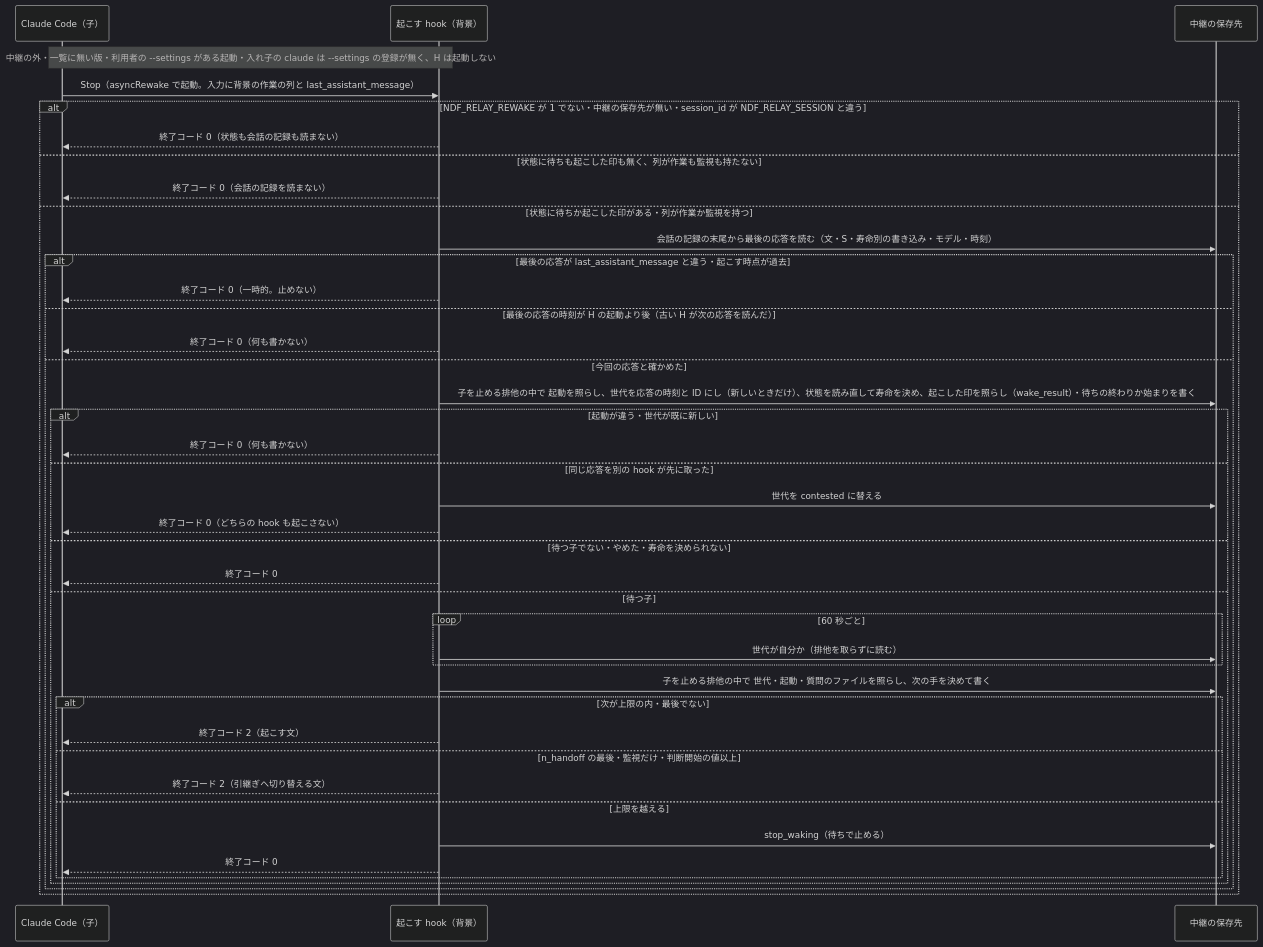
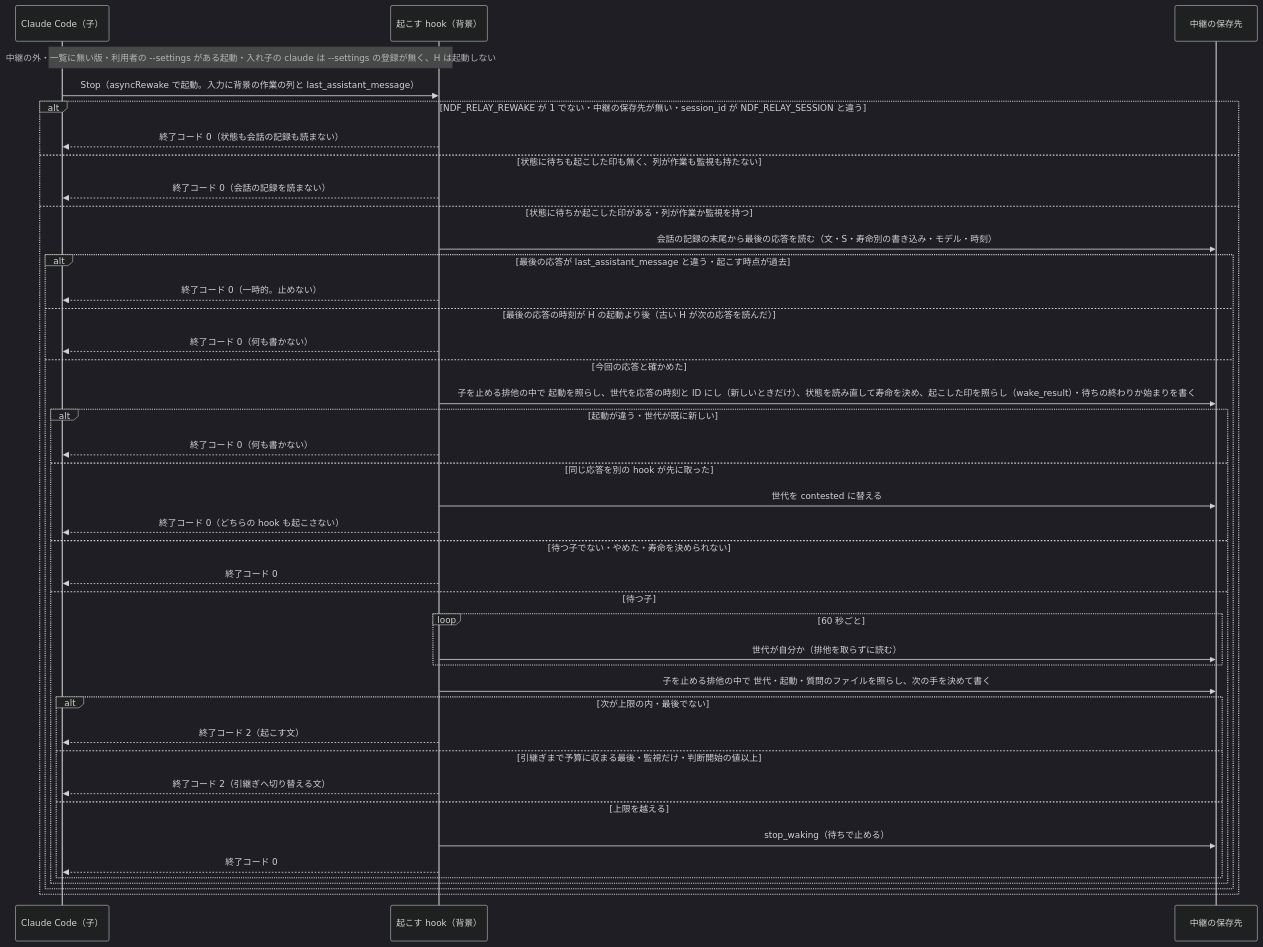
The second of 2 diagrams in issues/issue-4068-4199-design.md (devbasex/ai-plugins), drawn with Mermaid (dark theme) before and after one commit. The commit also changed other lines of this file and 1 other file, not shown here.

````diff
--- a/issues/issue-4068-4199-design.md
+++ b/issues/issue-4068-4199-design.md
@@ -119,43 +119,43 @@
 ```mermaid
 sequenceDiagram
   participant CC as Claude Code（子）
   participant H as 起こす hook（背景）
   participant F as 中継の保存先
   Note over CC,H: 中継の外・一覧に無い版・利用者の --settings がある起動・入れ子の claude は --settings の登録が無く、H は起動しない
   CC->>H: Stop（asyncRewake で起動。入力に背景の作業の列と last_assistant_message）
   alt NDF_RELAY_REWAKE が 1 でない・中継の保存先が無い・session_id が NDF_RELAY_SESSION と違う
     H-->>CC: 終了コード 0（状態も会話の記録も読まない）
   else 状態に待ちも起こした印も無く、列が作業も監視も持たない
     H-->>CC: 終了コード 0（会話の記録を読まない）
   else 状態に待ちか起こした印がある・列が作業か監視を持つ
     H->>F: 会話の記録の末尾から最後の応答を読む（文・S・寿命別の書き込み・モデル・時刻）
     alt 最後の応答が last_assistant_message と違う・起こす時点が過去
       H-->>CC: 終了コード 0（一時的。止めない）
     else 最後の応答の時刻が H の起動より後（古い H が次の応答を読んだ）
       H-->>CC: 終了コード 0（何も書かない）
     else 今回の応答と確かめた
       H->>F: 子を止める排他の中で 起動を照らし、世代を応答の時刻と ID にし（新しいときだけ）、状態を読み直して寿命を決め、起こした印を照らし（wake_result）・待ちの終わりか始まりを書く
       alt 起動が違う・世代が既に新しい
         H-->>CC: 終了コード 0（何も書かない）
       else 同じ応答を別の hook が先に取った
         H->>F: 世代を contested に替える
         H-->>CC: 終了コード 0（どちらの hook も起こさない）
       else 待つ子でない・やめた・寿命を決められない
         H-->>CC: 終了コード 0
       else 待つ子
         loop 60 秒ごと
           H->>F: 世代が自分か（排他を取らずに読む）
         end
         H->>F: 子を止める排他の中で 世代・起動・質問のファイルを照らし、次の手を決めて書く
         alt 次が上限の内・最後でない
           H-->>CC: 終了コード 2（起こす文）
-        else n_handoff の最後・監視だけ・判断開始の値以上
+        else 引継ぎまで予算に収まる最後・監視だけ・判断開始の値以上
           H-->>CC: 終了コード 2（引継ぎへ切り替える文）
         else 上限を越える
           H->>F: stop_waking（待ちで止める）
           H-->>CC: 終了コード 0
         end
       end
     end
   end
 ```
````
